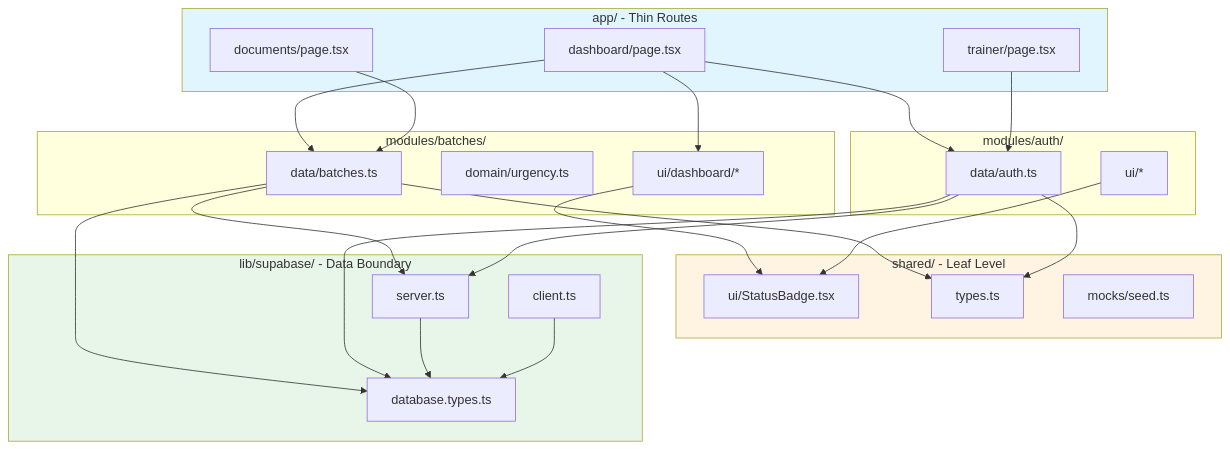
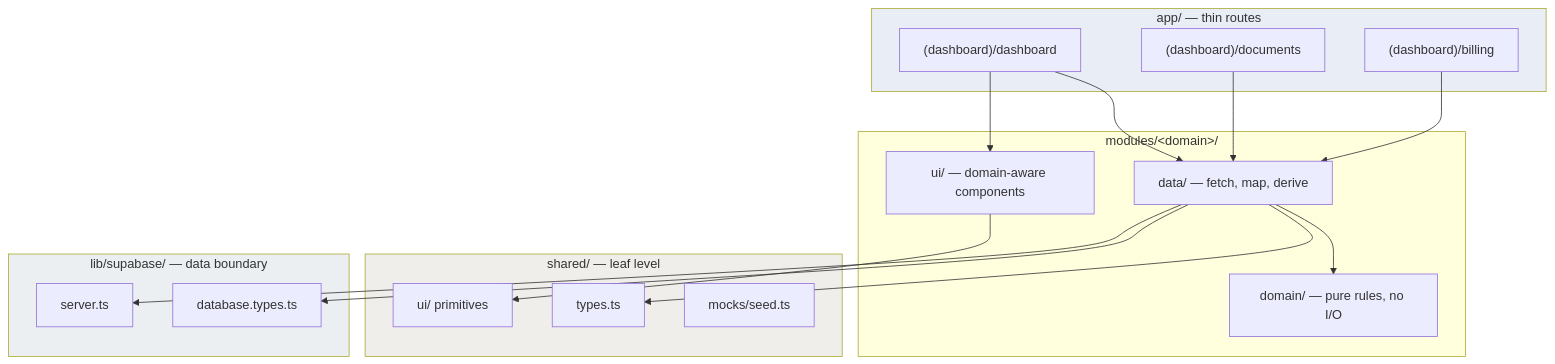
The fourth of 6 diagrams in docs/ARCHITECTURE_DIAGRAMS.md (shuakyle21/tesda-compliance-manager), drawn with Mermaid before and after one commit. The commit also changed other lines of this file and 3 other files, not shown here.

First line of the commit message:
docs(architecture): redraw diagrams and correct the security drift

````diff
--- a/docs/ARCHITECTURE_DIAGRAMS.md
+++ b/docs/ARCHITECTURE_DIAGRAMS.md
@@ -62,55 +134,40 @@
 ```mermaid
 flowchart TB
-    subgraph App["app/ - Thin Routes"]
-        Dashboard["dashboard/page.tsx"]
-        Trainer["trainer/page.tsx"]
-        Documents["documents/page.tsx"]
+    subgraph App["app/ — thin routes"]
+        Dashboard["(dashboard)/dashboard"]
+        Documents["(dashboard)/documents"]
+        Billing["(dashboard)/billing"]
     end
 
-    subgraph Batches["modules/batches/"]
-        BatchesData["data/batches.ts"]
-        BatchesDomain["domain/urgency.ts"]
-        BatchesUI["ui/dashboard/*"]
+    subgraph Modules["modules/&lt;domain&gt;/"]
+        Data["data/ — fetch, map, derive"]
+        Domain["domain/ — pure rules, no I/O"]
+        UI["ui/ — domain-aware components"]
     end
 
-    subgraph Auth["modules/auth/"]
-        AuthData["data/auth.ts"]
-        AuthUI["ui/*"]
-    end
-
-    subgraph Shared["shared/ - Leaf Level"]
-        SharedUI["ui/StatusBadge.tsx"]
+    subgraph Shared["shared/ — leaf level"]
+        SharedUI["ui/ primitives"]
         SharedTypes["types.ts"]
         SharedMocks["mocks/seed.ts"]
     end
 
-    subgraph LibSupabase["lib/supabase/ - Data Boundary"]
+    subgraph LibSupabase["lib/supabase/ — data boundary"]
         Server["server.ts"]
-        Client["client.ts"]
         DBTypes["database.types.ts"]
     end
 
-    Dashboard --> BatchesData
-    Dashboard --> AuthData
-    Trainer --> AuthData
-    Documents --> BatchesData
+    Dashboard --> Data
+    Documents --> Data
+    Billing --> Data
+    Dashboard --> UI
 
-    BatchesData --> SharedTypes
-    BatchesData --> DBTypes
-    AuthData --> SharedTypes
-    AuthData --> DBTypes
+    Data --> Domain
+    Data --> SharedTypes
+    Data --> DBTypes
+    Data --> Server
+    UI --> SharedUI
 
-    BatchesUI --> SharedUI
-    AuthUI --> SharedUI
-    Dashboard --> BatchesUI
-
-    Server --> DBTypes
-    Client --> DBTypes
-
-    BatchesData --> Server
-    AuthData --> Server
-
-    style App fill:#e1f5ff
-    style Shared fill:#fff4e1
-    style LibSupabase fill:#e8f5e9
+    style App fill:#e9edf5
+    style Shared fill:#f0eeea
+    style LibSupabase fill:#eceff2
 ```
````
